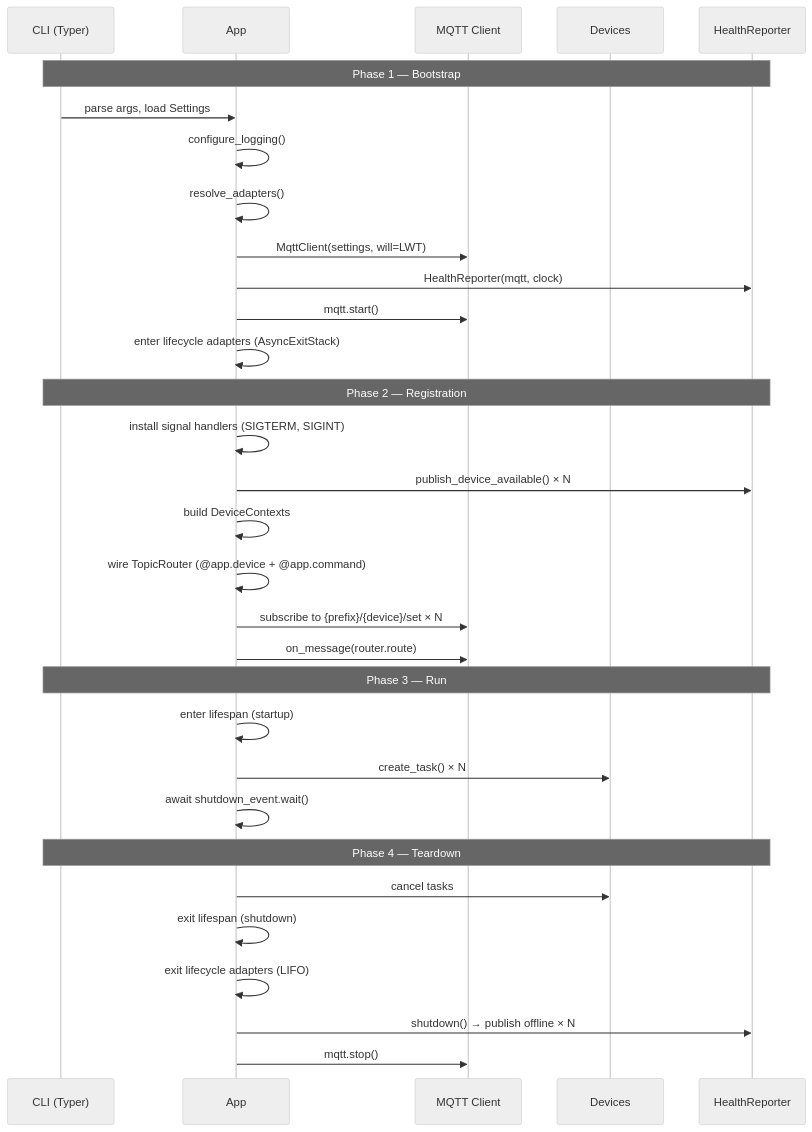
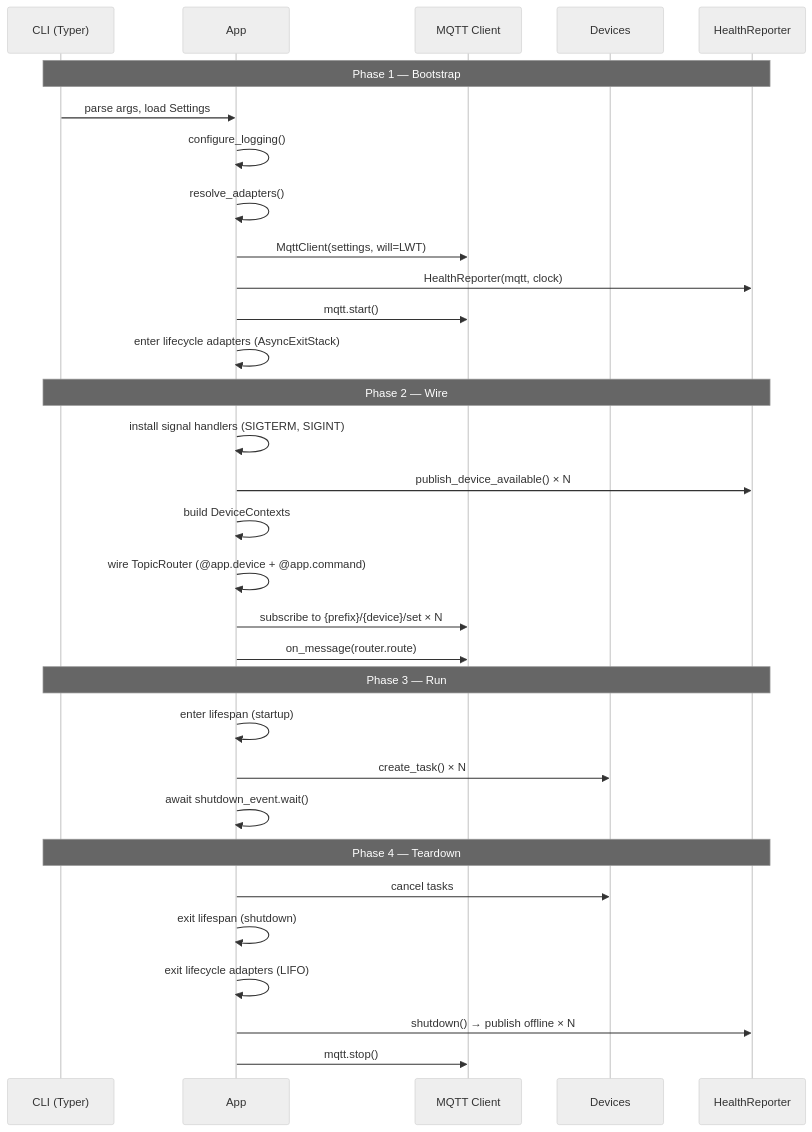
Before and after one commit to ff-fab/cosalette: the diagram in docs/concepts/lifecycle.md, drawn with Mermaid (neutral theme). The commit also changed other lines of this file and 4 other files, not shown here.

First line of the commit message:
docs: add architecture overview diagram and CLAUDE.md (#104)

````diff
--- a/docs/concepts/lifecycle.md
+++ b/docs/concepts/lifecycle.md
@@ -13,37 +13,37 @@
 ```mermaid
 sequenceDiagram
     participant CLI as CLI (Typer)
     participant App
     participant MQTT as MQTT Client
     participant Devices
     participant Health as HealthReporter
 
     Note over CLI,Health: Phase 1 — Bootstrap
     CLI->>App: parse args, load Settings
     App->>App: configure_logging()
     App->>App: resolve_adapters()
     App->>MQTT: MqttClient(settings, will=LWT)
     App->>Health: HealthReporter(mqtt, clock)
     App->>MQTT: mqtt.start()
     App->>App: enter lifecycle adapters (AsyncExitStack)
 
-    Note over CLI,Health: Phase 2 — Registration
+    Note over CLI,Health: Phase 2 — Wire
     App->>App: install signal handlers (SIGTERM, SIGINT)
     App->>Health: publish_device_available() × N
     App->>App: build DeviceContexts
     App->>App: wire TopicRouter (@app.device + @app.command)
     App->>MQTT: subscribe to {prefix}/{device}/set × N
     App->>MQTT: on_message(router.route)
 
     Note over CLI,Health: Phase 3 — Run
     App->>App: enter lifespan (startup)
     App->>Devices: create_task() × N
     App->>App: await shutdown_event.wait()
 
     Note over CLI,Health: Phase 4 — Teardown
     App->>Devices: cancel tasks
     App->>App: exit lifespan (shutdown)
     App->>App: exit lifecycle adapters (LIFO)
     App->>Health: shutdown() → publish offline × N
     App->>MQTT: mqtt.stop()
 ```
````
